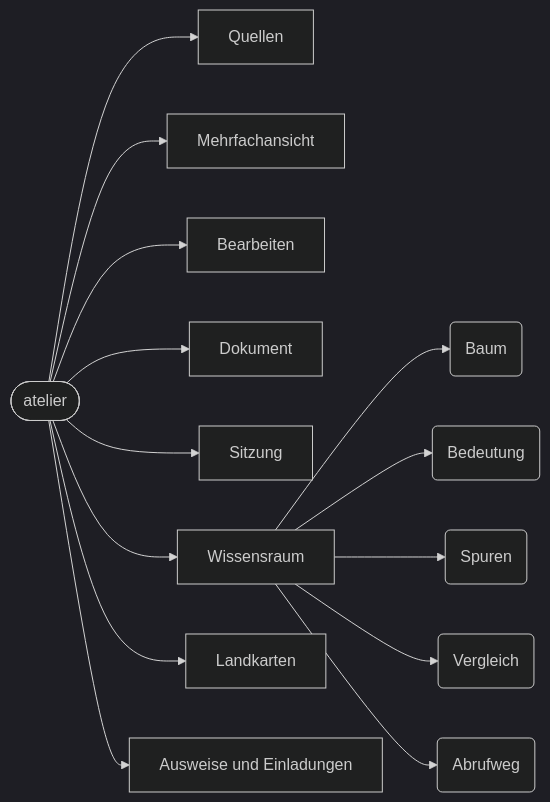
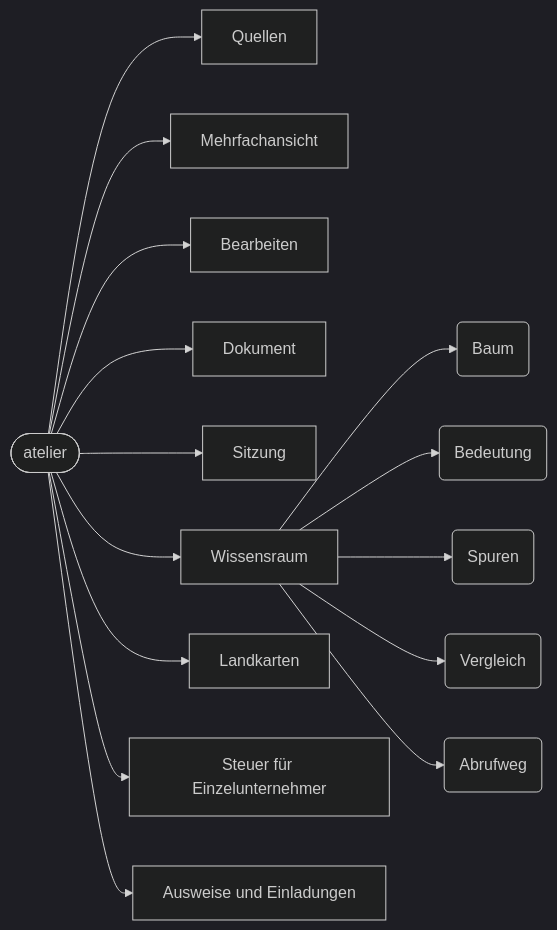
Before and after one commit to 3lehr/brainlehr: the diagram in docs/karten/anwendung.md, drawn with Mermaid (dark theme). The commit also changed 3 other files, not shown here.

````diff
--- a/docs/karten/anwendung.md
+++ b/docs/karten/anwendung.md
@@ -5,30 +5,32 @@
 ```mermaid
 graph LR
   app(["atelier"])
   Quellen["Quellen"]
   app --> Quellen
   Mehrfachansicht["Mehrfachansicht"]
   app --> Mehrfachansicht
   Bearbeiten["Bearbeiten"]
   app --> Bearbeiten
   Dokument["Dokument"]
   app --> Dokument
   Sitzung["Sitzung"]
   app --> Sitzung
   Wissensraum["Wissensraum"]
   app --> Wissensraum
   Landkarten["Landkarten"]
   app --> Landkarten
+  Steuer_für_Einzelunternehmer["Steuer für Einzelunternehmer"]
+  app --> Steuer_für_Einzelunternehmer
   Ausweise_und_Einladungen["Ausweise und Einladungen"]
   app --> Ausweise_und_Einladungen
   blick_Baum("Baum")
   Wissensraum --> blick_Baum
   blick_Bedeutung("Bedeutung")
   Wissensraum --> blick_Bedeutung
   blick_Spuren("Spuren")
   Wissensraum --> blick_Spuren
   blick_Vergleich("Vergleich")
   Wissensraum --> blick_Vergleich
   blick_Abrufweg("Abrufweg")
   Wissensraum --> blick_Abrufweg
 ```
````
